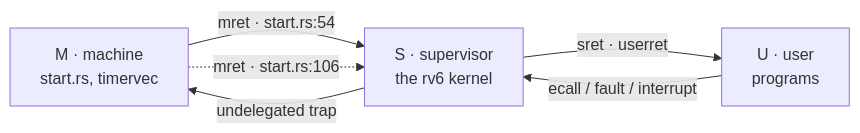
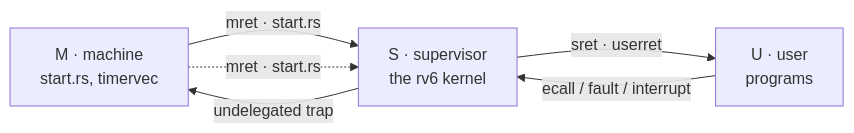
Before and after one commit to USF-CS326-F26/USF-CS326-F26.github.io: the first of 2 diagrams in docs/lectures/11-cs326-2026-11-03-traps-privilege-modes-and-interrupts.md, drawn with Mermaid. The commit also changed other lines of this file and 66 other files, not shown here.

````diff
--- a/docs/lectures/11-cs326-2026-11-03-traps-privilege-modes-and-interrupts.md
+++ b/docs/lectures/11-cs326-2026-11-03-traps-privilege-modes-and-interrupts.md
@@ -67,11 +67,11 @@
 ```mermaid
 flowchart LR
     M["M · machine\nstart.rs, timervec"]
     S["S · supervisor\nthe rv6 kernel"]
     U["U · user\nprograms"]
-    M -->|"mret · start.rs:54"| S
+    M -->|"mret · start.rs"| S
     S -->|"sret · userret"| U
     U -->|"ecall / fault / interrupt"| S
     S -->|"undelegated trap"| M
-    M -.->|"mret · start.rs:106"| S
+    M -.->|"mret · start.rs"| S
 ```
````
